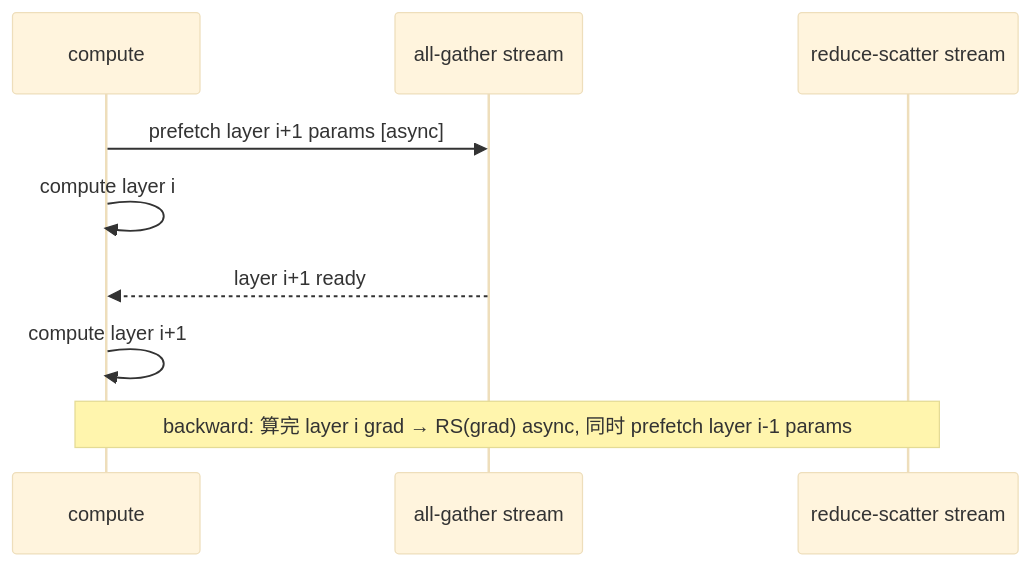
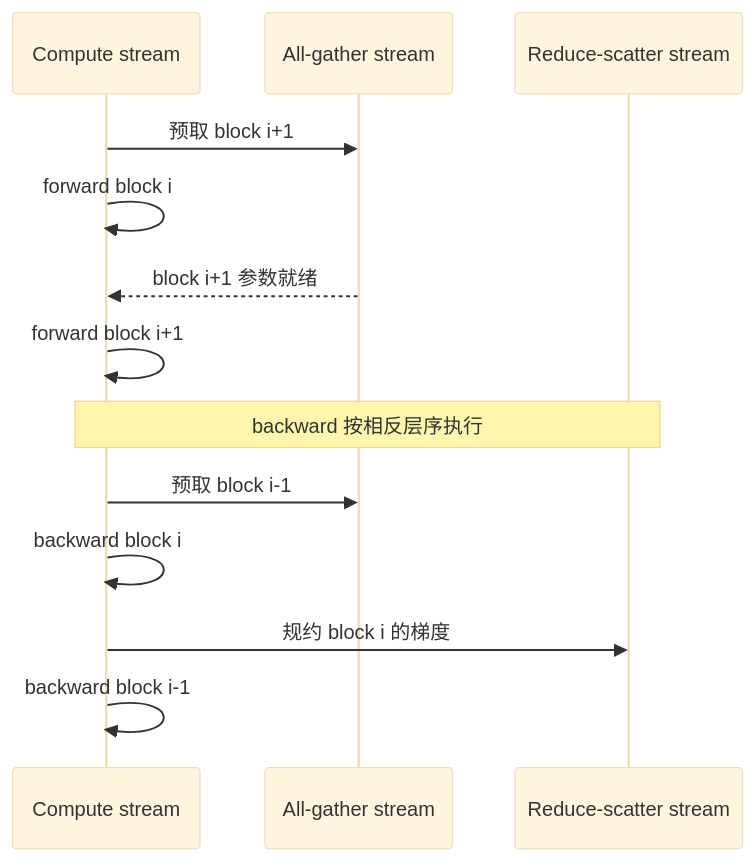
The diagram in docs/parallel/01_dp/03_fsdp.md (llm-infra-atlas/llm-infra-atlas.github.io), drawn with Mermaid (base theme) before and after one commit. The commit also changed other lines of this file and 68 other files, not shown here.

````diff
--- a/docs/parallel/01_dp/03_fsdp.md
+++ b/docs/parallel/01_dp/03_fsdp.md
@@ -74,11 +72,15 @@
 ```mermaid
 sequenceDiagram
-    participant C as compute
-    participant AG as all-gather stream
-    participant RS as reduce-scatter stream
-    C->>AG: prefetch layer i+1 params [async]
-    C->>C: compute layer i
-    AG-->>C: layer i+1 ready
-    C->>C: compute layer i+1
-    Note over C,RS: backward: 算完 layer i grad → RS(grad) async, 同时 prefetch layer i-1 params
+    participant C as Compute stream
+    participant A as All-gather stream
+    participant R as Reduce-scatter stream
+    C->>A: 预取 block i+1
+    C->>C: forward block i
+    A-->>C: block i+1 参数就绪
+    C->>C: forward block i+1
+    Note over C,R: backward 按相反层序执行
+    C->>A: 预取 block i-1
+    C->>C: backward block i
+    C->>R: 规约 block i 的梯度
+    C->>C: backward block i-1
 ```
````
